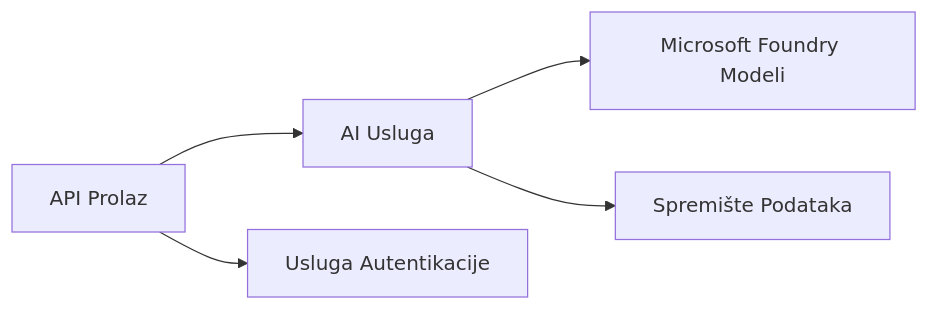
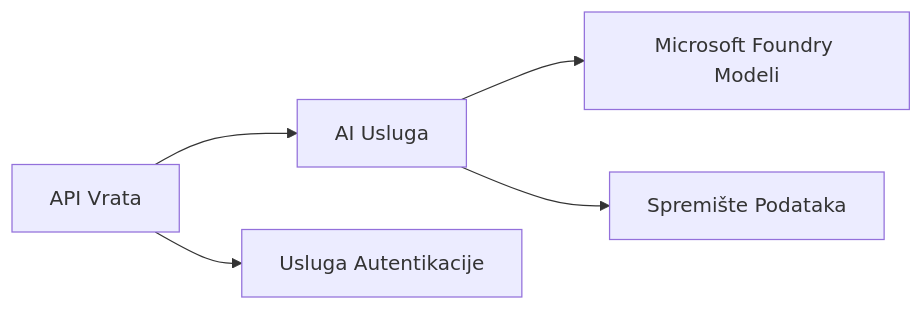
The first of 2 diagrams in translations/hr/docs/chapter-08-production/README.md (microsoft/AZD-for-beginners), drawn with Mermaid before and after one commit. The commit also changed other lines of this file and 3 other files, not shown here.

````diff
--- a/translations/hr/docs/chapter-08-production/README.md
+++ b/translations/hr/docs/chapter-08-production/README.md
@@ -48,6 +48,6 @@
 ```mermaid
 graph LR
-    Gateway[API Prolaz] --> AI[AI Usluga] --> Models[Microsoft Foundry Modeli]
+    Gateway[API Vrata] --> AI[AI Usluga] --> Models[Microsoft Foundry Modeli]
     Gateway --> Auth[Usluga Autentikacije]
     AI --> Data[Spremište Podataka]
 ```
````
